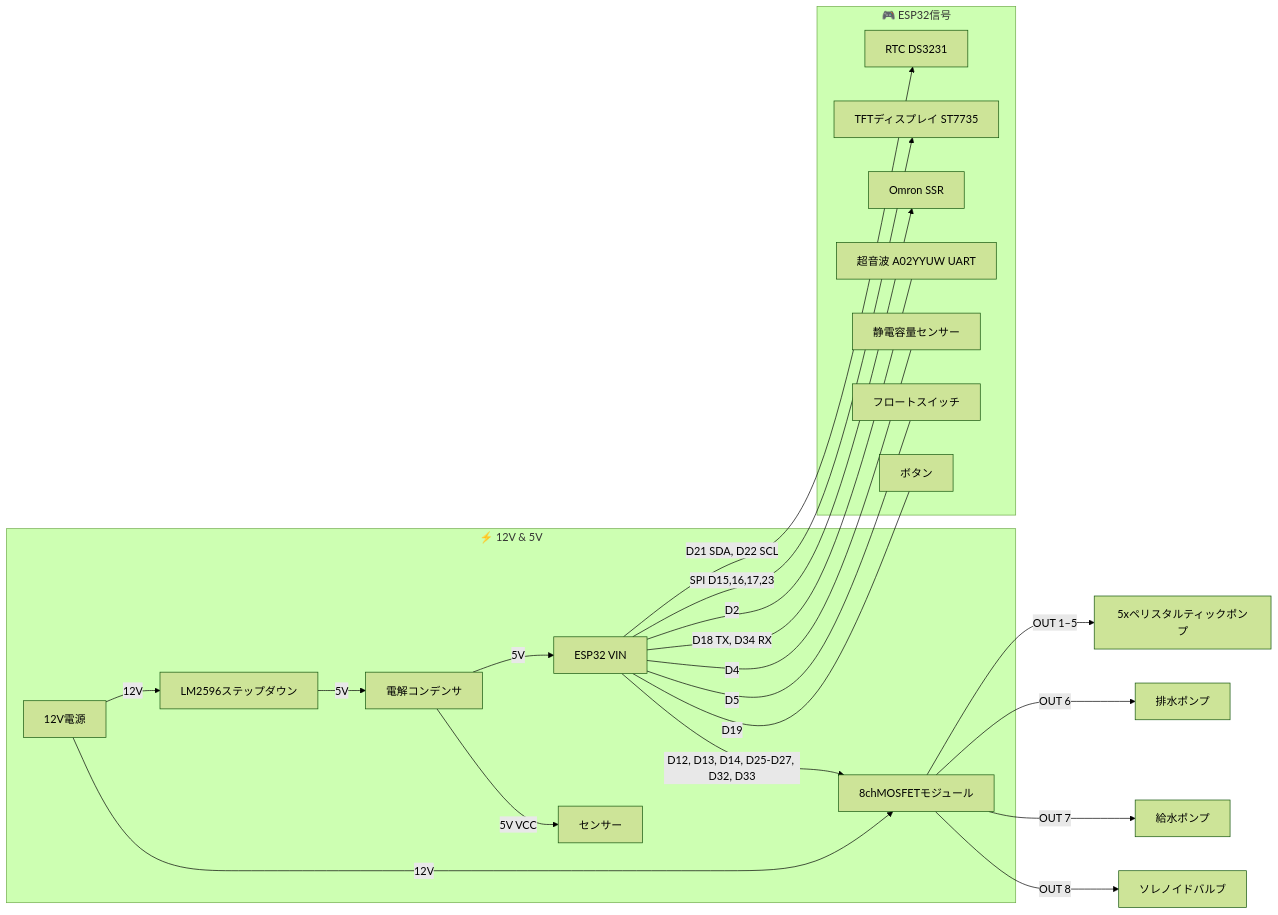
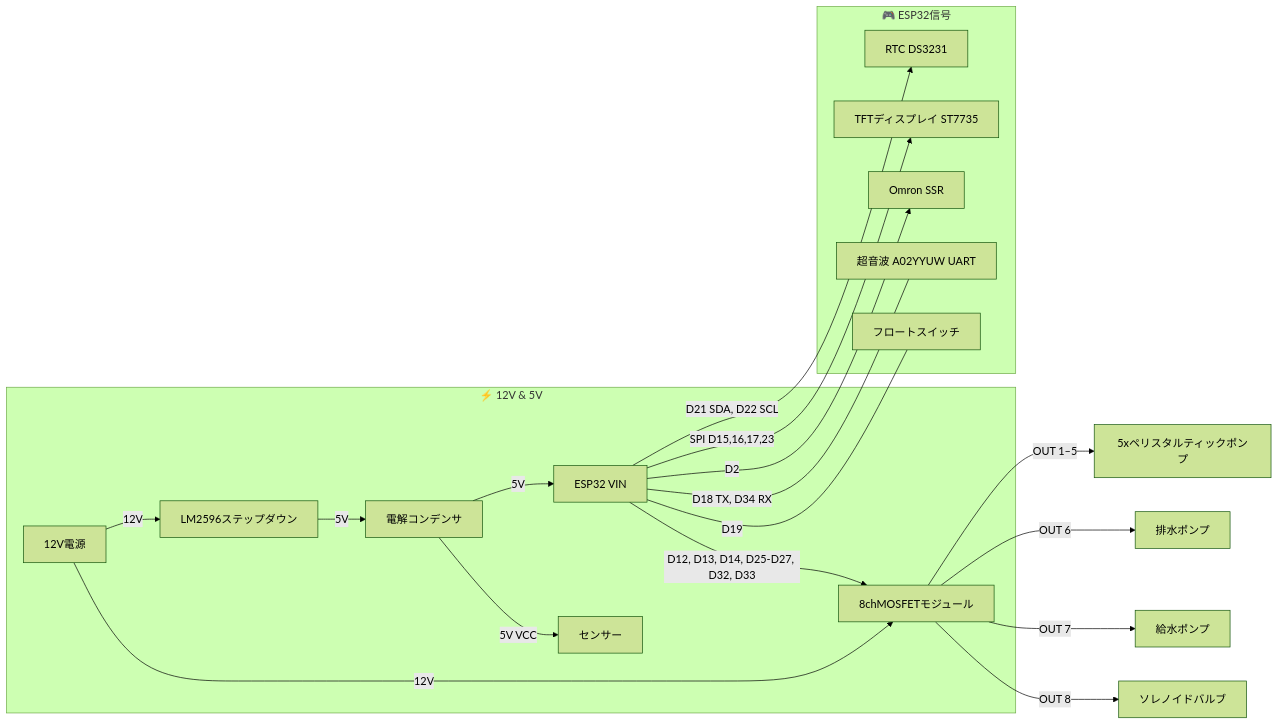
Before and after one commit to PhilipeGatis/IARA: the second of 2 diagrams in README.ja.md, drawn with Mermaid (forest theme). The commit also changed other lines of this file and 9 other files, not shown here.

````diff
--- a/README.ja.md
+++ b/README.ja.md
@@ -112,26 +112,24 @@
 ```mermaid
 graph LR
   subgraph Power [⚡ 12V & 5V]
     PSU[12V電源] -->|12V| MOSFET[8chMOSFETモジュール]
     PSU -->|12V| LM2596[LM2596ステップダウン]
     LM2596 -->|5V| Cap[電解コンデンサ]
     Cap -->|5V| ESP32[ESP32 VIN]
     Cap -->|5V VCC| SENS[センサー]
   end
 
   subgraph Signals [🎮 ESP32信号]
     ESP32 -->|D21 SDA, D22 SCL| I2C[RTC DS3231]
     ESP32 -->|SPI D15,16,17,23| TFT[TFTディスプレイ ST7735]
     ESP32 -->|D12, D13, D14, D25-D27, D32, D33| MOSFET
     ESP32 -->|D2| SSR[Omron SSR]
     ESP32 ---|D18 TX, D34 RX| Ultra[超音波 A02YYUW UART]
-    ESP32 ---|D4| Water[静電容量センサー]
-    ESP32 ---|D5| Float[フロートスイッチ]
-    ESP32 ---|D19| Button[ボタン]
+    ESP32 ---|D19| Float[フロートスイッチ]
   end
 
   MOSFET -->|OUT 1–5| Peristaltic[5xペリスタルティックポンプ]
   MOSFET -->|OUT 6| Drain[排水ポンプ]
   MOSFET -->|OUT 7| Refill[給水ポンプ]
   MOSFET -->|OUT 8| Solenoid[ソレノイドバルブ]
 ```
````
